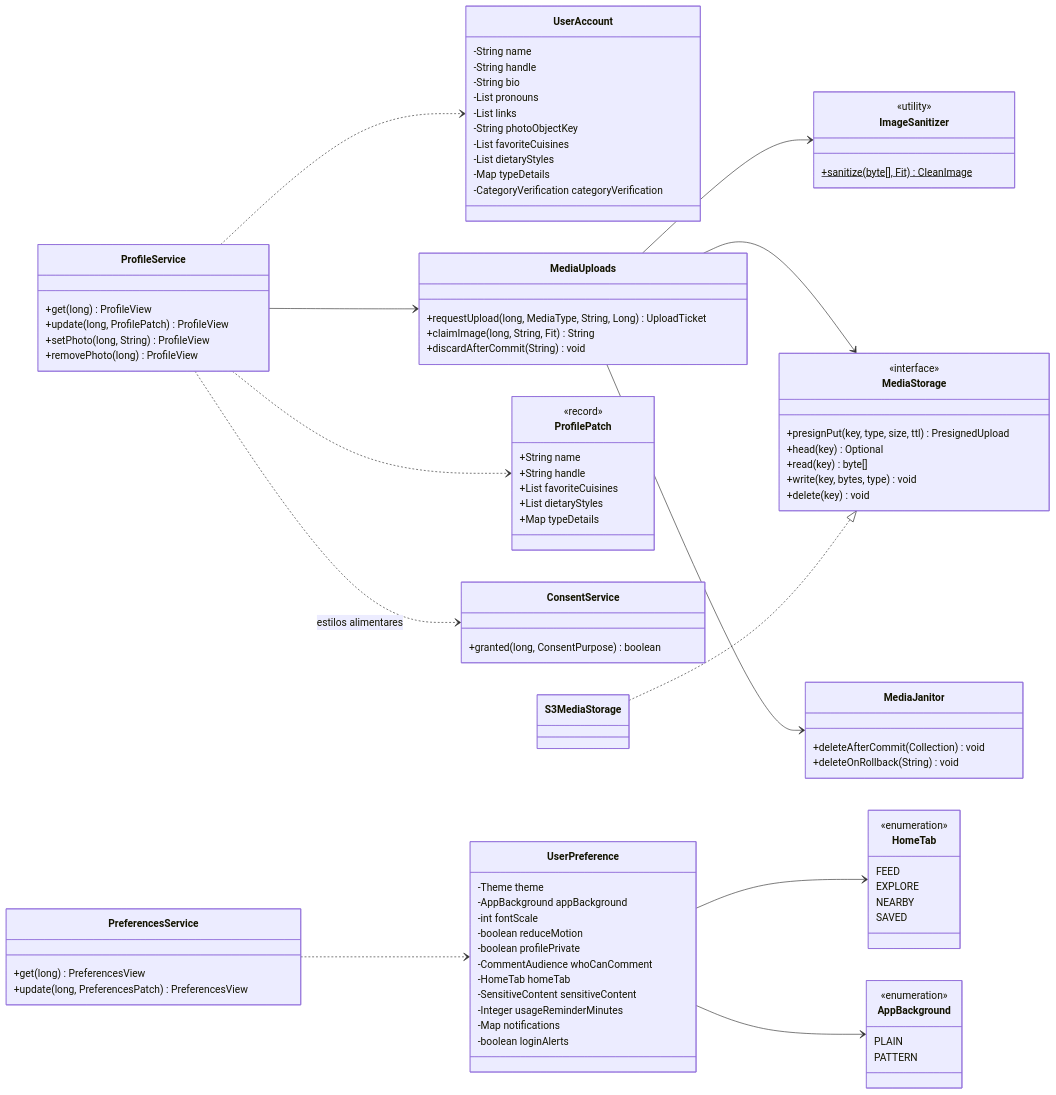
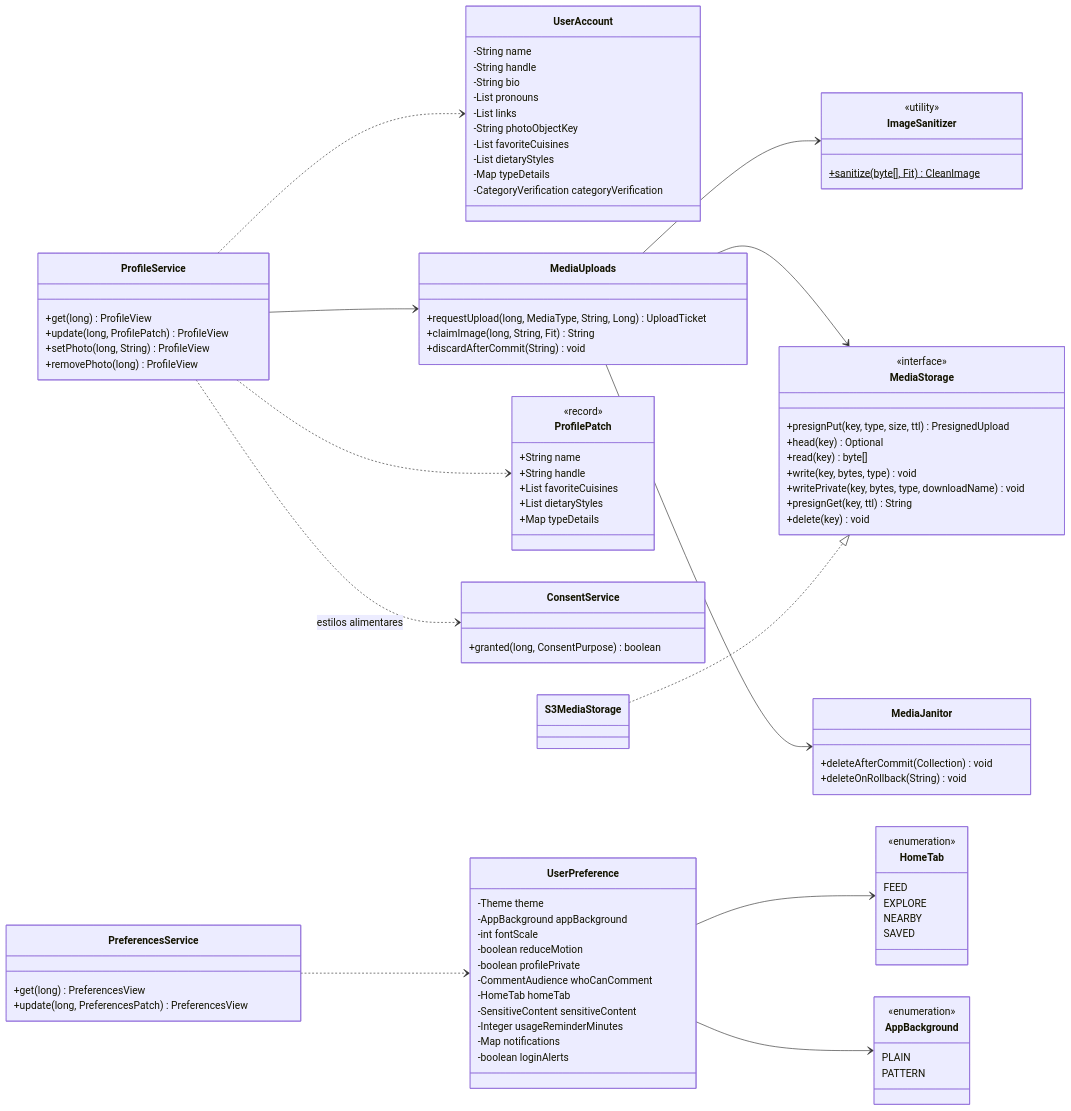
One commit to MatheusHaliski/Friendly-Eats changed the diagram in docs/RF2/classes.md. Above: the diagram before and after it, drawn with Mermaid. The commit also changed 45 other files, not shown here.

```diff
--- a/docs/RF2/classes.md
+++ b/docs/RF2/classes.md
@@ -76,6 +76,8 @@
         +head(key) Optional
         +read(key) byte[]
         +write(key, bytes, type) void
+        +writePrivate(key, bytes, type, downloadName) void
+        +presignGet(key, ttl) String
         +delete(key) void
     }
     class S3MediaStorage
```
